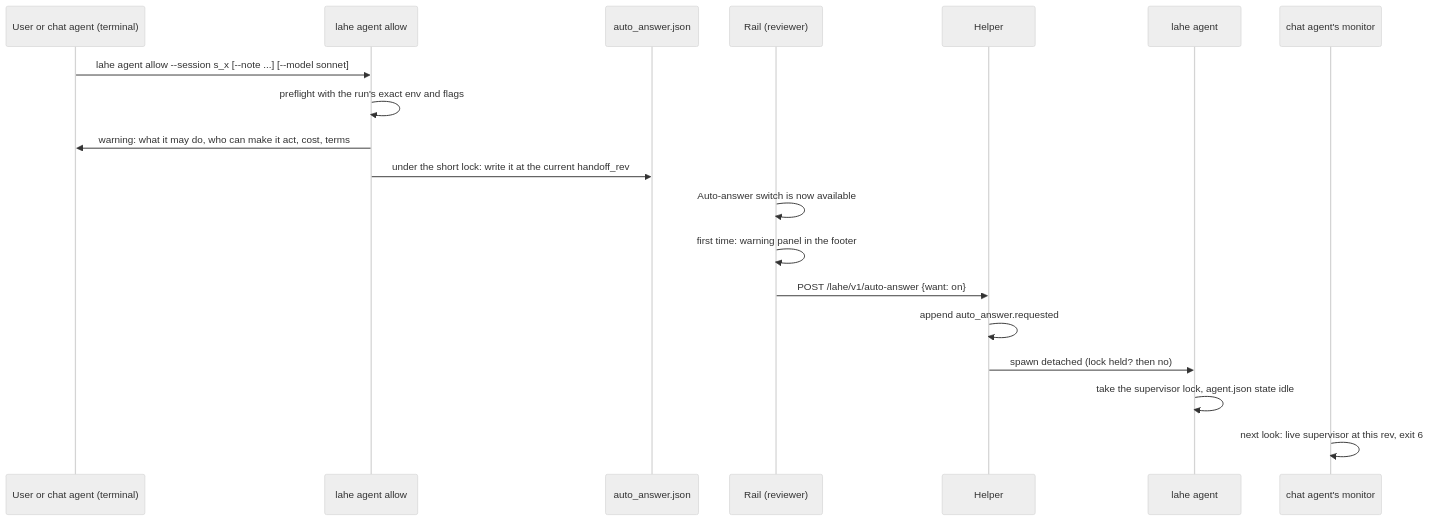
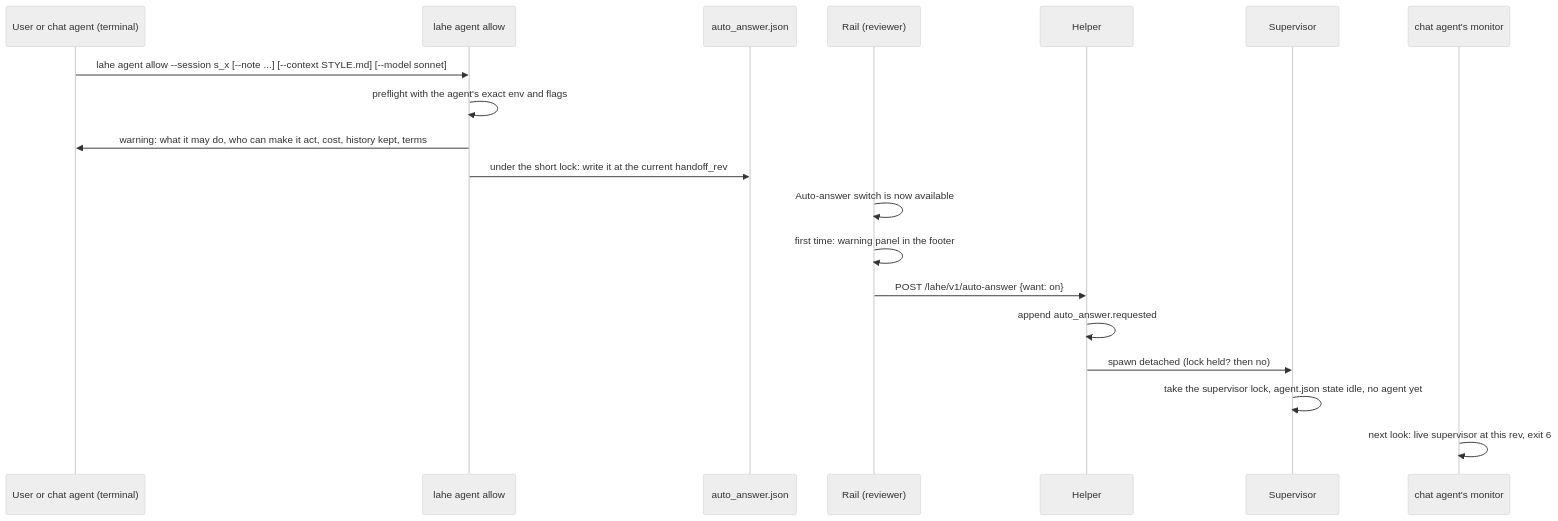
The second of 7 diagrams in docs/features/20260929.01_lahe_agent_sdk/02_architecture_lahe_agent_sdk.md (kenxle/live-agentic-html-editor), drawn with Mermaid (neutral theme) before and after one commit. The commit also changed other lines of this file and 2 other files, not shown here.

````diff
--- a/docs/features/20260929.01_lahe_agent_sdk/02_architecture_lahe_agent_sdk.md
+++ b/docs/features/20260929.01_lahe_agent_sdk/02_architecture_lahe_agent_sdk.md
@@ -242,22 +289,22 @@
 ```mermaid
 sequenceDiagram
   participant U as User or chat agent (terminal)
   participant CLI as lahe agent allow
   participant S as auto_answer.json
   participant R as Rail (reviewer)
   participant H as Helper
-  participant A as lahe agent
+  participant A as Supervisor
   participant M as chat agent's monitor
 
-  U->>CLI: lahe agent allow --session s_x [--note ...] [--model sonnet]
-  CLI->>CLI: preflight with the run's exact env and flags
-  CLI->>U: warning: what it may do, who can make it act, cost, terms
+  U->>CLI: lahe agent allow --session s_x [--note ...] [--context STYLE.md] [--model sonnet]
+  CLI->>CLI: preflight with the agent's exact env and flags
+  CLI->>U: warning: what it may do, who can make it act, cost, history kept, terms
   CLI->>S: under the short lock: write it at the current handoff_rev
   R->>R: Auto-answer switch is now available
   R->>R: first time: warning panel in the footer
   R->>H: POST /lahe/v1/auto-answer {want: on}
   H->>H: append auto_answer.requested
   H->>A: spawn detached (lock held? then no)
-  A->>A: take the supervisor lock, agent.json state idle
+  A->>A: take the supervisor lock, agent.json state idle, no agent yet
   M->>M: next look: live supervisor at this rev, exit 6
 ```
````
